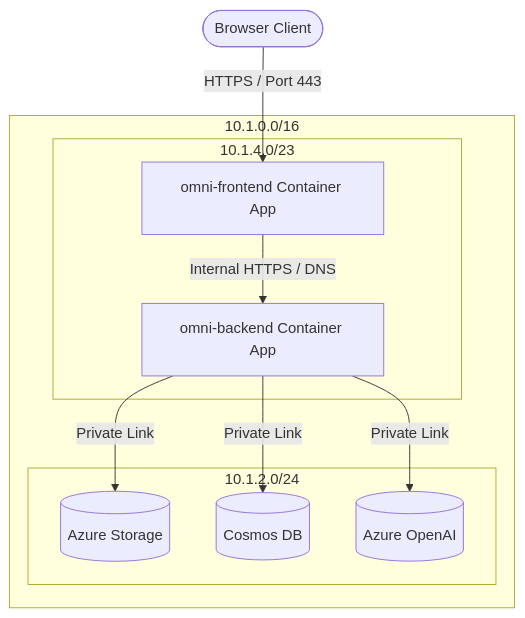
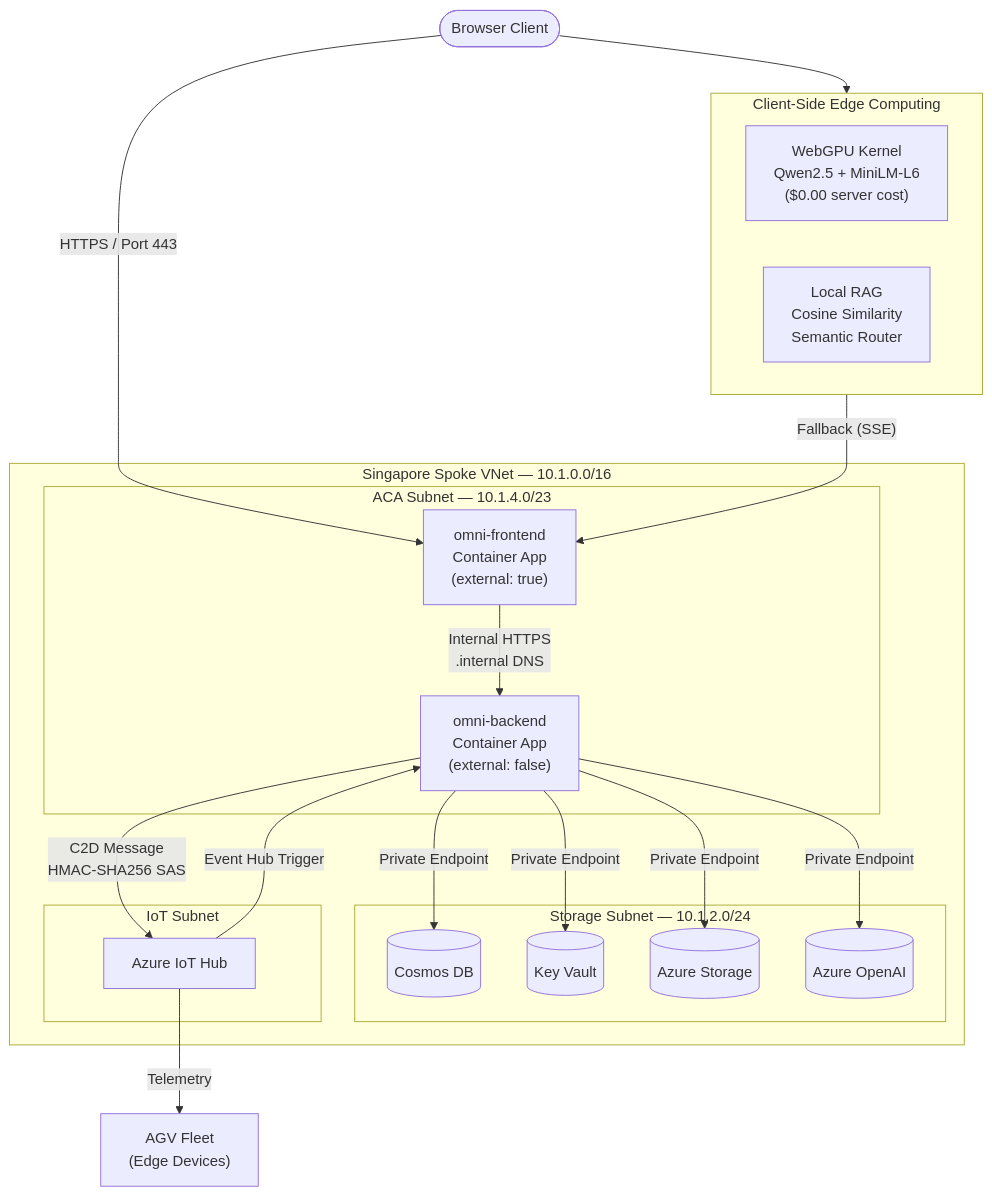
Before and after one commit to swliu920322/Project-OmniGuard: the diagram in README.md, drawn with Mermaid. The commit also changed other lines of this file and 2 other files, not shown here.

````diff
--- a/README.md
+++ b/README.md
@@ -58,14 +23,29 @@
 ```mermaid
 graph TD
-    User([Browser Client]) -->|HTTPS / Port 443| Frontend[omni-frontend Container App]
-    subgraph Singapore Spoke VNet [10.1.0.0/16]
-        subgraph ACA Subnet [10.1.4.0/23]
-            Frontend -->|Internal HTTPS / DNS| Backend[omni-backend Container App]
+    User([Browser Client]) -->|HTTPS / Port 443| Frontend["omni-frontend<br/>Container App<br/>(external: true)"]
+    
+    subgraph Edge["Client-Side Edge Computing"]
+        WebGPU["WebGPU Kernel<br/>Qwen2.5 + MiniLM-L6<br/>($0.00 server cost)"]
+        RAG["Local RAG<br/>Cosine Similarity<br/>Semantic Router"]
+    end
+    
+    subgraph SG["Singapore Spoke VNet — 10.1.0.0/16"]
+        subgraph ACA["ACA Subnet — 10.1.4.0/23"]
+            Frontend -->|"Internal HTTPS<br/>.internal DNS"| Backend["omni-backend<br/>Container App<br/>(external: false)"]
         end
-        subgraph Storage Subnet [10.1.2.0/24]
-            Backend -->|Private Link| Storage[(Azure Storage)]
-            Backend -->|Private Link| Cosmos[(Cosmos DB)]
-            Backend -->|Private Link| OpenAI[(Azure OpenAI)]
+        subgraph Storage["Storage Subnet — 10.1.2.0/24"]
+            Backend -->|Private Endpoint| Cosmos[(Cosmos DB)]
+            Backend -->|Private Endpoint| KV[(Key Vault)]
+            Backend -->|Private Endpoint| BlobStore[(Azure Storage)]
+            Backend -->|Private Endpoint| OpenAI[(Azure OpenAI)]
+        end
+        subgraph IoT["IoT Subnet"]
+            IoTHub["Azure IoT Hub"] -->|Event Hub Trigger| Backend
+            Backend -->|C2D Message<br/>HMAC-SHA256 SAS| IoTHub
         end
     end
+    
+    User --> Edge
+    Edge -->|"Fallback (SSE)"| Frontend
+    IoTHub -->|Telemetry| Devices["AGV Fleet<br/>(Edge Devices)"]
 ```
````
